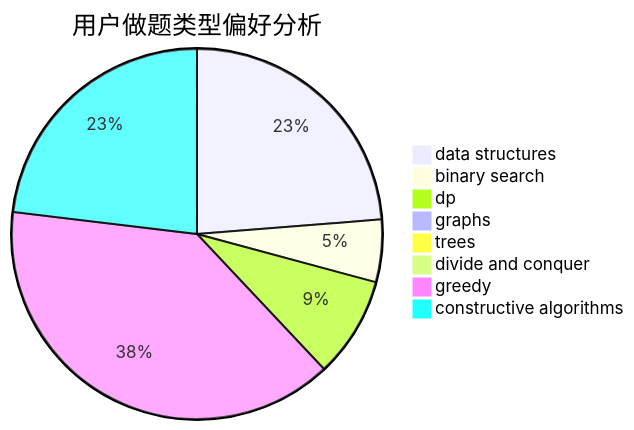
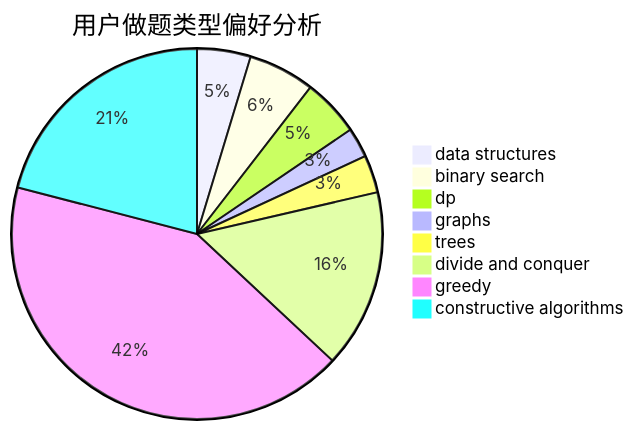
One commit to sherpahu/cfrs.github.io changed the second of 3 diagrams in docs/user/u2501.md. Above: the diagram before and after it, drawn with Mermaid. The commit also changed other lines of this file and 2770 other files, not shown here.

````diff
--- a/docs/user/u2501.md
+++ b/docs/user/u2501.md
@@ -23,11 +23,11 @@
 ```mermaid
 pie title 用户做题类型偏好分析
-    "data structures" :  405
-    "binary search" :  93
-    "dp" :  150
-    "graphs" :  17
-    "trees" :  11
-    "divide and conquer" :  1
-    "greedy" :  664
-    "constructive algorithms" :  394
+    "data structures" :  54
+    "binary search" :  67
+    "dp" :  58
+    "graphs" :  30
+    "trees" :  38
+    "divide and conquer" :  180
+    "greedy" :  486
+    "constructive algorithms" :  242
 ```
````
